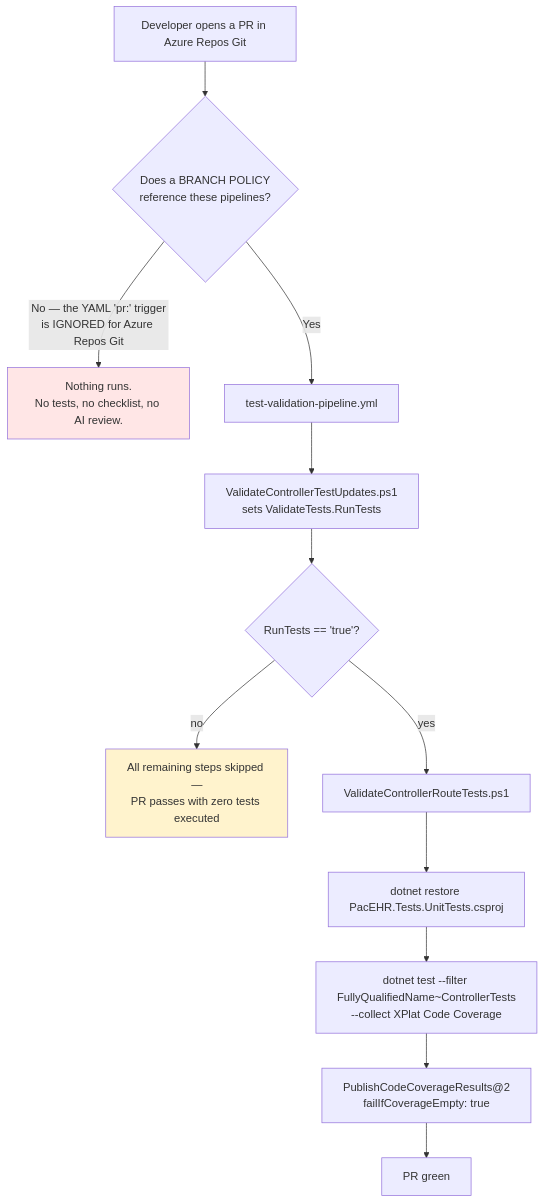
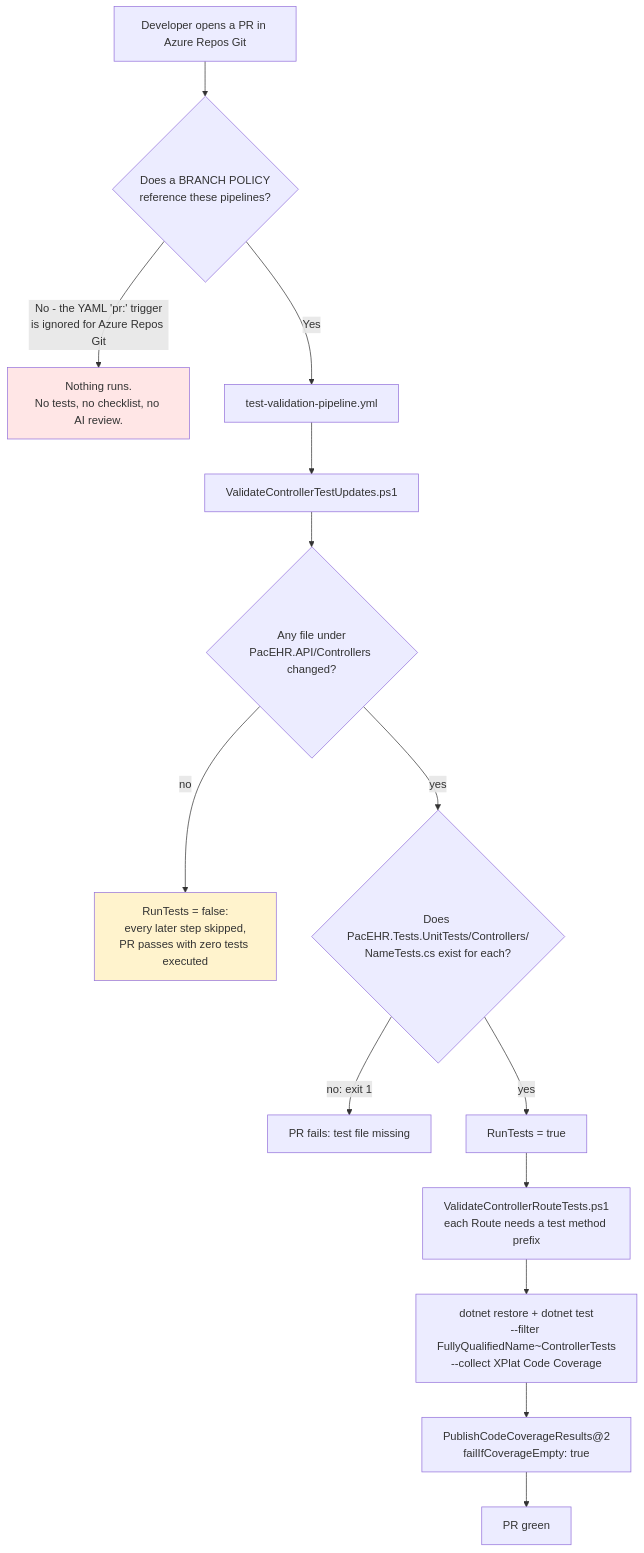
The second of 4 diagrams in docs/architecture-diagrams/11-test-infrastructure-cicd-deep-dive-diagrams.md (hemsingh-3PG/sai-systems-AIRE), drawn with Mermaid before and after one commit. The commit also changed other lines of this file and 285 other files, not shown here.

````diff
--- a/docs/architecture-diagrams/11-test-infrastructure-cicd-deep-dive-diagrams.md
+++ b/docs/architecture-diagrams/11-test-infrastructure-cicd-deep-dive-diagrams.md
@@ -38,17 +41,19 @@
 ```mermaid
 flowchart TB
   A["Developer opens a PR in Azure Repos Git"] --> B{"Does a BRANCH POLICY<br/>reference these pipelines?"}
-  B -->|"No — the YAML 'pr:' trigger<br/>is IGNORED for Azure Repos Git"| Z["Nothing runs.<br/>No tests, no checklist, no AI review."]
+  B -->|"No - the YAML 'pr:' trigger<br/>is ignored for Azure Repos Git"| Z["Nothing runs.<br/>No tests, no checklist, no AI review."]
   B -->|Yes| C["test-validation-pipeline.yml"]
-  C --> D["ValidateControllerTestUpdates.ps1<br/>sets ValidateTests.RunTests"]
-  D --> E{"RunTests == 'true'?"}
-  E -->|no| Y["All remaining steps skipped —<br/>PR passes with zero tests executed"]
-  E -->|yes| F["ValidateControllerRouteTests.ps1"]
-  F --> G["dotnet restore PacEHR.Tests.UnitTests.csproj"]
-  G --> H["dotnet test --filter FullyQualifiedName~ControllerTests<br/>--collect XPlat Code Coverage"]
-  H --> I["PublishCodeCoverageResults@2<br/>failIfCoverageEmpty: true"]
+  C --> D["ValidateControllerTestUpdates.ps1"]
+  D --> D1{"Any file under<br/>PacEHR.API/Controllers changed?"}
+  D1 -->|no| Y["RunTests = false:<br/>every later step skipped,<br/>PR passes with zero tests executed"]
+  D1 -->|yes| D2{"Does PacEHR.Tests.UnitTests/Controllers/<br/>NameTests.cs exist for each?"}
+  D2 -->|"no: exit 1"| X["PR fails: test file missing"]
+  D2 -->|yes| E["RunTests = true"]
+  E --> F["ValidateControllerRouteTests.ps1<br/>each Route needs a test method prefix"]
+  F --> G["dotnet restore + dotnet test<br/>--filter FullyQualifiedName~ControllerTests<br/>--collect XPlat Code Coverage"]
+  G --> I["PublishCodeCoverageResults@2<br/>failIfCoverageEmpty: true"]
   I --> J["PR green"]
 
   style Z fill:#ffe6e6
   style Y fill:#fff3cd
 ```
````
